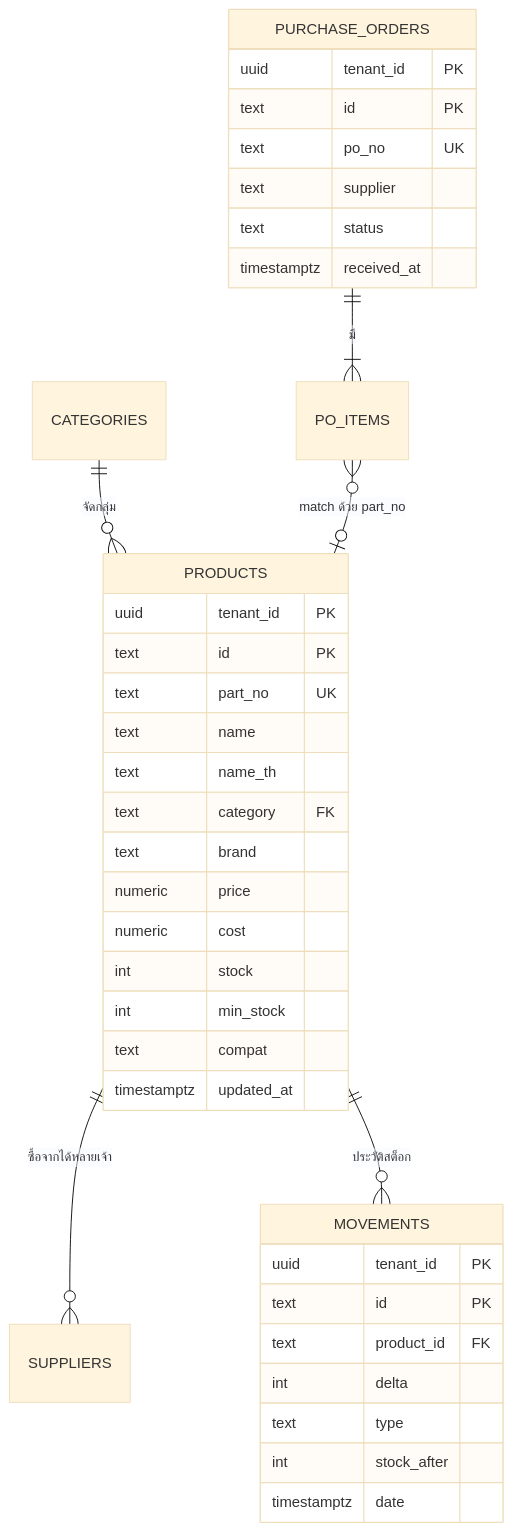
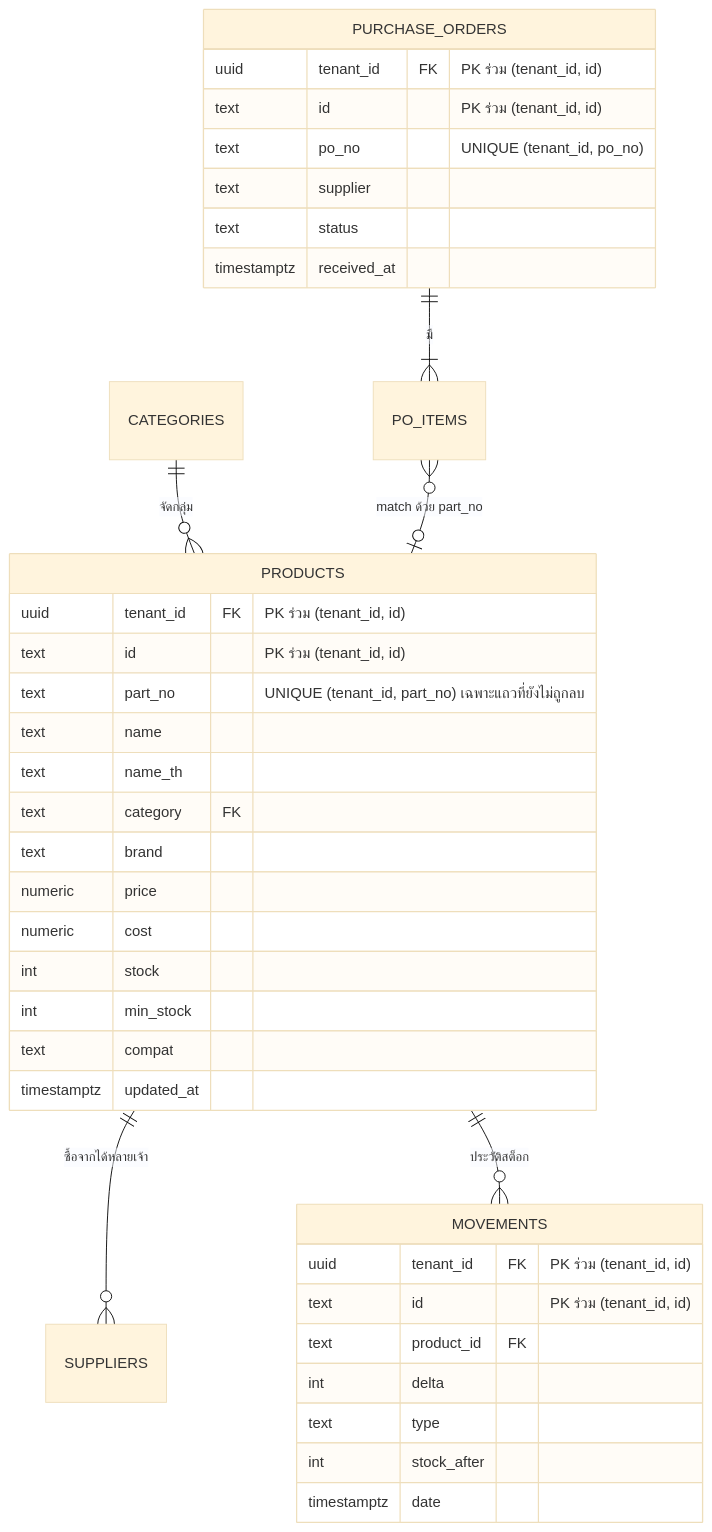
The third of 6 diagrams in docs/Backend_design/01_DATABASE.md (NuimanLP/srisurart-pos-flutter), drawn with Mermaid (base theme) before and after one commit. The commit also changed other lines of this file and 1 other file, not shown here.

First line of the commit message:
docs(01_DATABASE): ER diagram เลิกติดป้าย PK สองบรรทัดกับ composite key

````diff
--- a/docs/Backend_design/01_DATABASE.md
+++ b/docs/Backend_design/01_DATABASE.md
@@ -190,41 +190,41 @@
 ```mermaid
 erDiagram
     CATEGORIES ||--o{ PRODUCTS : "จัดกลุ่ม"
     PRODUCTS ||--o{ SUPPLIERS : "ซื้อจากได้หลายเจ้า"
     PRODUCTS ||--o{ MOVEMENTS : "ประวัติสต็อก"
     PURCHASE_ORDERS ||--|{ PO_ITEMS : "มี"
     PO_ITEMS }o--o| PRODUCTS : "match ด้วย part_no"
 
     PRODUCTS {
-        uuid tenant_id PK
-        text id PK
-        text part_no UK
+        uuid tenant_id FK "PK ร่วม (tenant_id, id)"
+        text id "PK ร่วม (tenant_id, id)"
+        text part_no "UNIQUE (tenant_id, part_no) เฉพาะแถวที่ยังไม่ถูกลบ"
         text name
         text name_th
         text category FK
         text brand
         numeric price
         numeric cost
         int stock
         int min_stock
         text compat
         timestamptz updated_at
     }
     MOVEMENTS {
-        uuid tenant_id PK
-        text id PK
+        uuid tenant_id FK "PK ร่วม (tenant_id, id)"
+        text id "PK ร่วม (tenant_id, id)"
         text product_id FK
         int delta
         text type
         int stock_after
         timestamptz date
     }
     PURCHASE_ORDERS {
-        uuid tenant_id PK
-        text id PK
-        text po_no UK
+        uuid tenant_id FK "PK ร่วม (tenant_id, id)"
+        text id "PK ร่วม (tenant_id, id)"
+        text po_no "UNIQUE (tenant_id, po_no)"
         text supplier
         text status
         timestamptz received_at
     }
 ```
````
